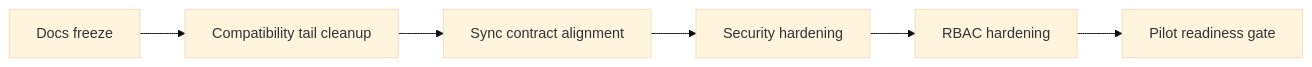
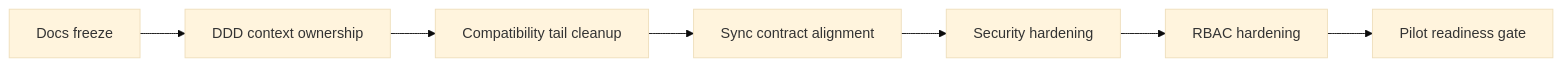
Before and after one commit to serty2005/mh-pos: the diagram in ROADMAP.md, drawn with Mermaid (base theme). The commit also changed other lines of this file and 14 other files, not shown here.

````diff
--- a/ROADMAP.md
+++ b/ROADMAP.md
@@ -241,8 +227,9 @@
 ```mermaid
 flowchart LR
-    Docs["Docs freeze"] --> Tails["Compatibility tail cleanup"]
+    Docs["Docs freeze"] --> Contexts["DDD context ownership"]
+    Contexts --> Tails["Compatibility tail cleanup"]
     Tails --> Sync["Sync contract alignment"]
     Sync --> Security["Security hardening"]
     Security --> RBAC["RBAC hardening"]
     RBAC --> Pilot["Pilot readiness gate"]
 ```
````
